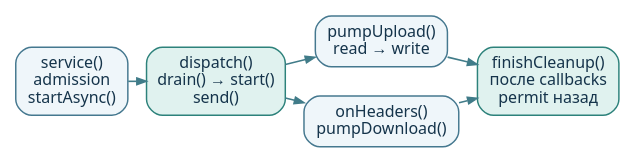
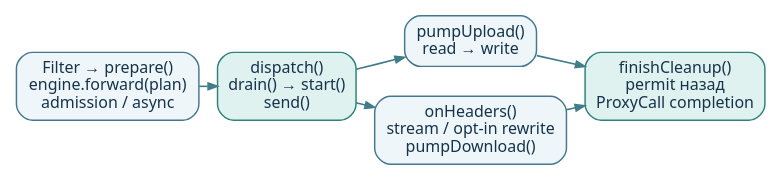
The diagram in jetty-client-example/docs/diagrams/exchange.dot (AlFlanker/NettyPet), drawn with Graphviz before and after one commit. The commit also changed 17 other files, not shown here.

```diff
--- a/jetty-client-example/docs/diagrams/exchange.dot
+++ b/jetty-client-example/docs/diagrams/exchange.dot
@@ -1,21 +1,21 @@
 digraph Exchange {
   graph [rankdir=LR, bgcolor="white", fontname="Noto Sans", fontsize=12, pad=0.06,
          nodesep=0.30, ranksep=0.20, splines=polyline];
   node [shape=box, style="rounded,filled", fontname="Noto Sans", fontsize=12,
         fontcolor="#15344B", fillcolor="#EFF6FA", color="#45788F", penwidth=1.1, margin="0.11,0.09"];
   edge [color="#417C89", penwidth=1.2, arrowsize=0.7, fontname="Noto Sans", fontsize=12];
 
-  service [label="service()\nadmission\nstartAsync()"];
+  service [label="Filter → prepare()\nengine.forward(plan)\nadmission / async"];
   owner [label="dispatch()\ndrain() → start()\nsend()", fillcolor="#E0F2EF", color="#2D827B"];
   upload [label="pumpUpload()\nread → write"];
-  download [label="onHeaders()\npumpDownload()"];
-  cleanup [label="finishCleanup()\nпосле callbacks\npermit назад", fillcolor="#E0F2EF", color="#2D827B"];
+  download [label="onHeaders()\nstream / opt-in rewrite\npumpDownload()"];
+  cleanup [label="finishCleanup()\npermit назад\nProxyCall completion", fillcolor="#E0F2EF", color="#2D827B"];
 
   { rank=same; upload; download; }
   upload -> download [style=invis, weight=20];
   service -> owner;
   owner -> upload;
   owner -> download;
   upload -> cleanup;
   download -> cleanup;
 }
```
